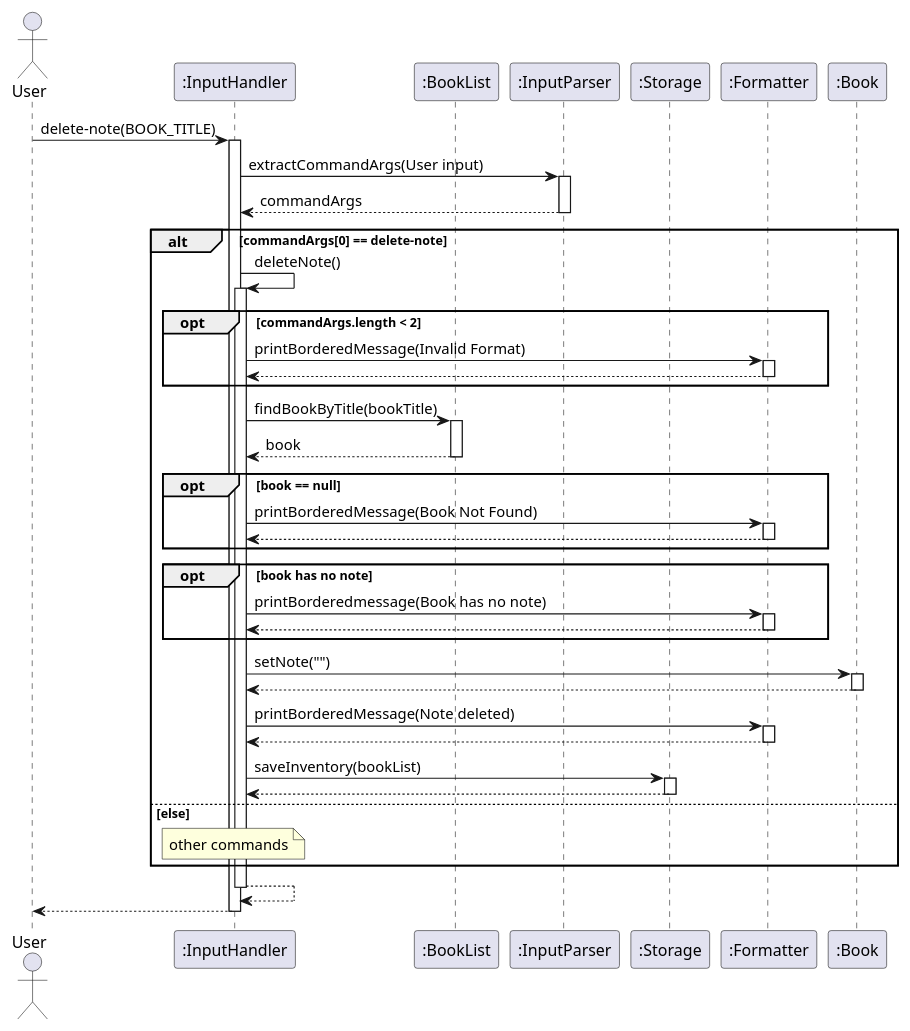
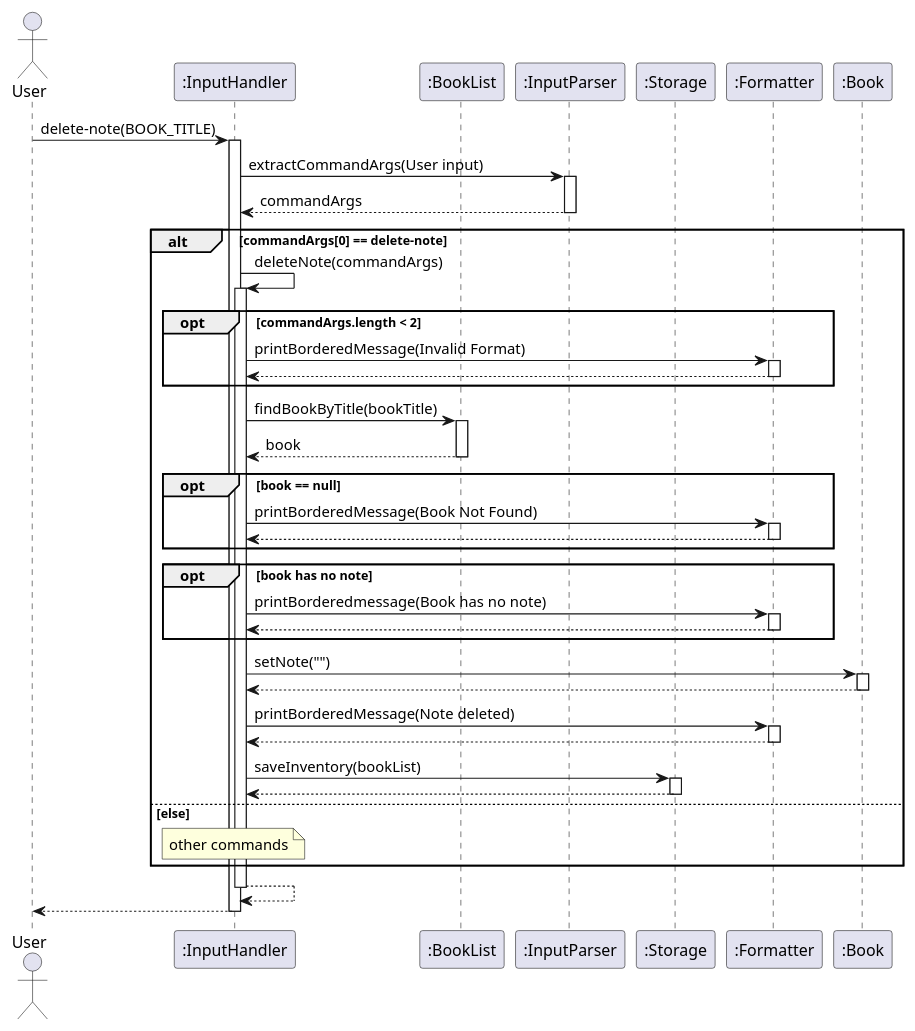
Before and after one commit to AY2425S2-CS2113-T12-2/tp: the diagram in docs/diagrams/deleteNote.puml, drawn with PlantUML. The commit also changed 15 other files, not shown here.

Commit message:
add commandArgs into the method calls as arguments to reflect actual code

```diff
--- a/docs/diagrams/deleteNote.puml
+++ b/docs/diagrams/deleteNote.puml
@@ -1,52 +1,52 @@
 @startuml
 autoactivate on
 
 actor User
 participant InputHandler as ":InputHandler"
 participant BookList as ":BookList"
 participant InputParser as ":InputParser"
 participant Storage as ":Storage"
 participant Formatter as ":Formatter"
 participant Book as ":Book"
 
 User -> InputHandler : delete-note(BOOK_TITLE)
 InputHandler -> InputParser : extractCommandArgs(User input)
 return commandArgs
 
 alt commandArgs[0] == delete-note
-    InputHandler -> InputHandler : deleteNote()
+    InputHandler -> InputHandler : deleteNote(commandArgs)
     opt commandArgs.length < 2 
         InputHandler -> Formatter : printBorderedMessage(Invalid Format)
         return
     end
 
     InputHandler -> BookList : findBookByTitle(bookTitle)
     return book
 
     opt book == null 
         InputHandler -> Formatter : printBorderedMessage(Book Not Found)
         return 
     end
 
     opt book has no note
         InputHandler -> Formatter : printBorderedmessage(Book has no note)
         return
     end
 
     InputHandler -> Book : setNote("")
     return
 
     InputHandler -> Formatter : printBorderedMessage(Note deleted)
     return 
 
     InputHandler -> Storage : saveInventory(bookList)
     return
 
 else else
 note over InputHandler : other commands
 
 end
 
 return
 return
 @enduml
```
